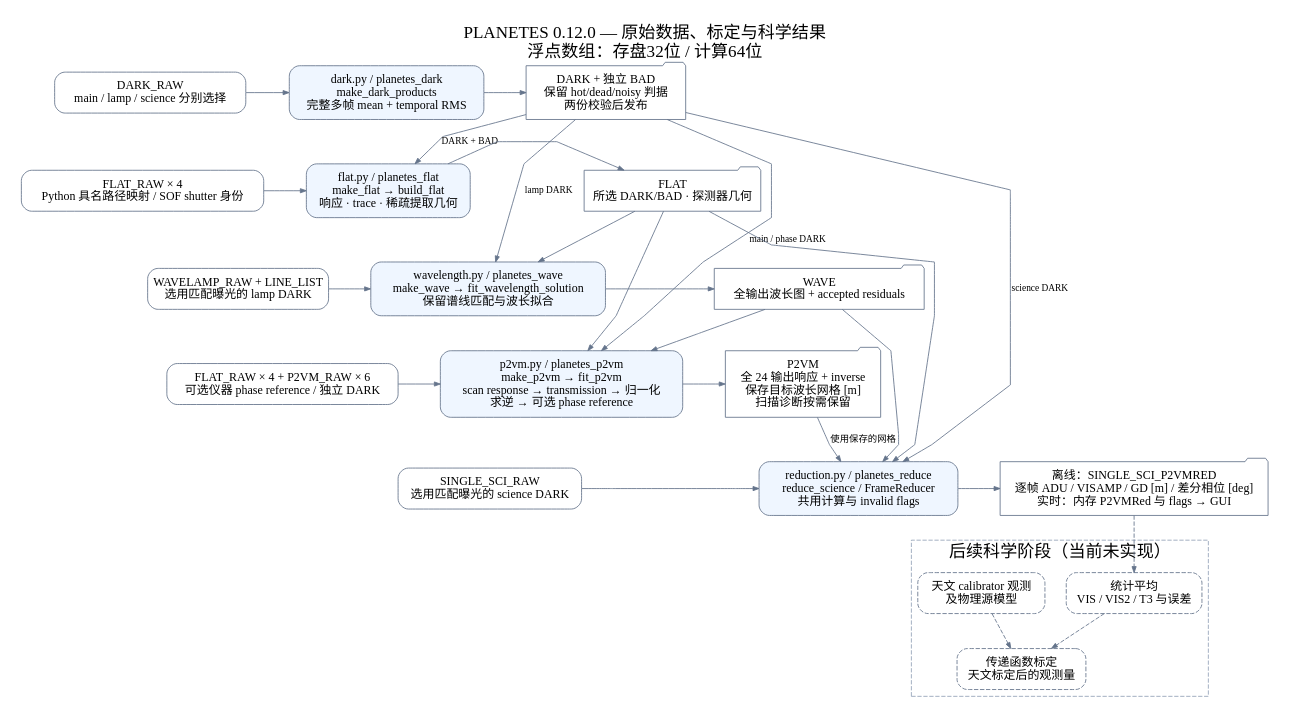
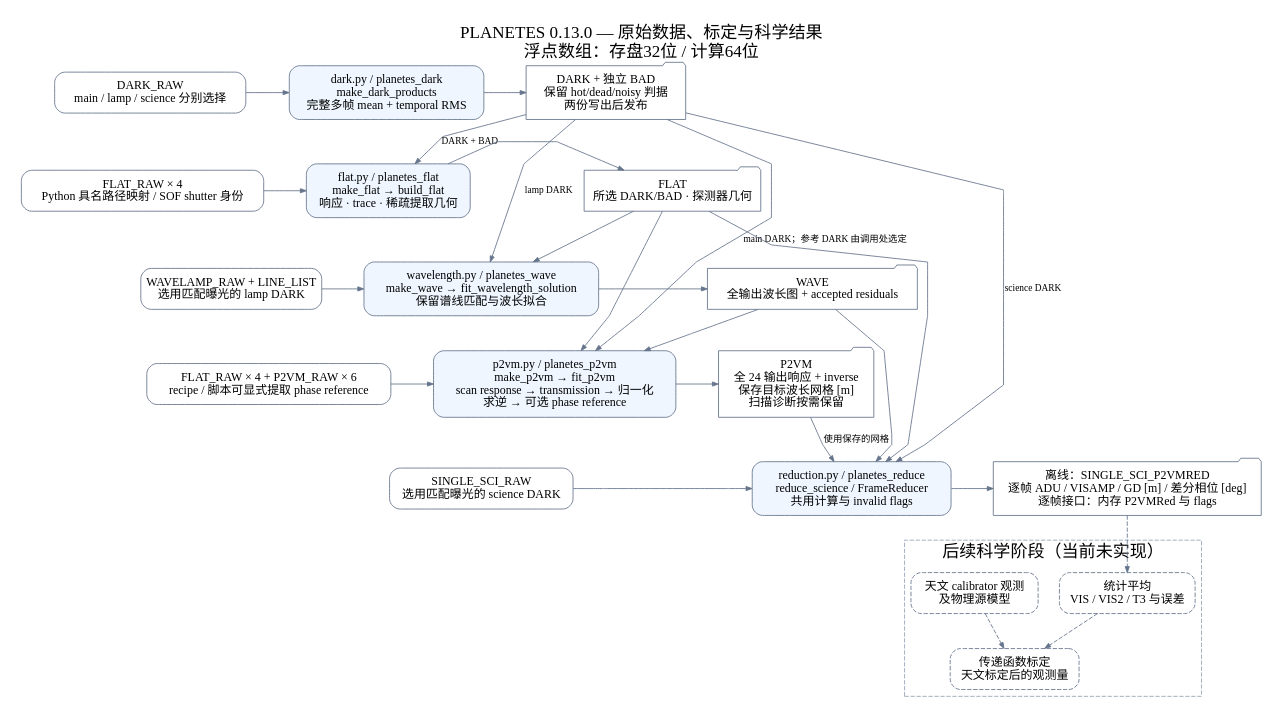
Before and after one commit to zexwu/planetes_pipe: the diagram in docs/dataflow.dot, drawn with Graphviz. The commit also changed 37 other files, not shown here.

```diff
--- a/docs/dataflow.dot
+++ b/docs/dataflow.dot
@@ -1,52 +1,52 @@
 digraph Dataflow {
-  graph [rankdir=TB, bgcolor="white", pad=0.25, nodesep=0.35, ranksep=0.55, splines=polyline, fontname="PingFang SC", fontsize=20, label="PLANETES 0.12.0 — 原始数据、标定与科学结果\n浮点数组：存盘32位 / 计算64位", labelloc=t];
+  graph [rankdir=TB, bgcolor="white", pad=0.25, nodesep=0.35, ranksep=0.55, splines=polyline, fontname="PingFang SC", fontsize=20, label="PLANETES 0.13.0 — 原始数据、标定与科学结果\n浮点数组：存盘32位 / 计算64位", labelloc=t];
   node [shape=box, style="rounded", fontname="PingFang SC", fontsize=14, color="#64748b", margin="0.15,0.12"];
   edge [fontname="PingFang SC", fontsize=11, color="#64748b", arrowsize=0.7];
   rawdark [label="DARK_RAW\nmain / lamp / science 分别选择"];
   dark [label="dark.py / planetes_dark\nmake_dark_products\n完整多帧 mean + temporal RMS", style="rounded,filled", fillcolor="#eff6ff"];
-  darkfits [label="DARK + 独立 BAD\n保留 hot/dead/noisy 判据\n两份校验后发布", shape=folder];
+  darkfits [label="DARK + 独立 BAD\n保留 hot/dead/noisy 判据\n两份写出后发布", shape=folder];
   rawflat [label="FLAT_RAW × 4\nPython 具名路径映射 / SOF shutter 身份"];
   flat [label="flat.py / planetes_flat\nmake_flat → build_flat\n响应 · trace · 稀疏提取几何", style="rounded,filled", fillcolor="#eff6ff"];
   flatfits [label="FLAT\n所选 DARK/BAD · 探测器几何", shape=folder];
   rawwave [label="WAVELAMP_RAW + LINE_LIST\n选用匹配曝光的 lamp DARK"];
   wave [label="wavelength.py / planetes_wave\nmake_wave → fit_wavelength_solution\n保留谱线匹配与波长拟合", style="rounded,filled", fillcolor="#eff6ff"];
   wavefits [label="WAVE\n全输出波长图 + accepted residuals", shape=folder];
-  rawp2vm [label="FLAT_RAW × 4 + P2VM_RAW × 6\n可选仪器 phase reference / 独立 DARK"];
+  rawp2vm [label="FLAT_RAW × 4 + P2VM_RAW × 6\nrecipe / 脚本可显式提取 phase reference"];
   p2vm [label="p2vm.py / planetes_p2vm\nmake_p2vm → fit_p2vm\nscan response → transmission → 归一化
 求逆 → 可选 phase reference", style="rounded,filled", fillcolor="#eff6ff"];
   p2vmfits [label="P2VM\n全 24 输出响应 + inverse\n保存目标波长网格 [m]\n扫描诊断按需保留", shape=folder];
   rawscience [label="SINGLE_SCI_RAW\n选用匹配曝光的 science DARK"];
   science [label="reduction.py / planetes_reduce\nreduce_science / FrameReducer\n共用计算与 invalid flags", style="rounded,filled", fillcolor="#eff6ff"];
-  results [label="离线：SINGLE_SCI_P2VMRED\n逐帧 ADU / VISAMP / GD [m] / 差分相位 [deg]\n实时：内存 P2VMRed 与 flags → GUI", shape=folder];
+  results [label="离线：SINGLE_SCI_P2VMRED\n逐帧 ADU / VISAMP / GD [m] / 差分相位 [deg]\n逐帧接口：内存 P2VMRed 与 flags", shape=folder];
   {rank=same; rawdark; dark; darkfits;}
   {rank=same; rawflat; flat; flatfits;}
   {rank=same; rawwave; wave; wavefits;}
   {rank=same; rawp2vm; p2vm; p2vmfits;}
   {rank=same; rawscience; science; results;}
   rawdark -> dark -> darkfits;
   rawflat -> flat -> flatfits;
   rawwave -> wave -> wavefits;
   rawp2vm -> p2vm -> p2vmfits;
   rawscience -> science -> results;
   darkfits -> flat [label="DARK + BAD"];
   darkfits -> wave [label="lamp DARK"];
-  darkfits -> p2vm [label="main / phase DARK"];
+  darkfits -> p2vm [label="main DARK；参考 DARK 由调用处选定"];
   darkfits -> science [label="science DARK"];
   flatfits -> wave;
   flatfits -> p2vm;
   flatfits -> science;
   wavefits -> p2vm;
   wavefits -> science;
   p2vmfits -> science [label="使用保存的网格"];
   subgraph cluster_future {
     label="后续科学阶段（当前未实现）"; style=dashed; color="#94a3b8";
     average [label="统计平均\nVIS / VIS2 / T3 与误差", style="rounded,dashed"];
     calibrator [label="天文 calibrator 观测\n及物理源模型", style="rounded,dashed"];
     calibrated [label="传递函数标定\n天文标定后的观测量", style="rounded,dashed"];
     average -> calibrated [style=dashed];
     calibrator -> calibrated [style=dashed];
   }
   results -> average [style=dashed];
   rawdark -> rawflat -> rawwave -> rawp2vm -> rawscience [style=invis];
   dark -> flat -> wave -> p2vm -> science [style=invis];
 }
```
